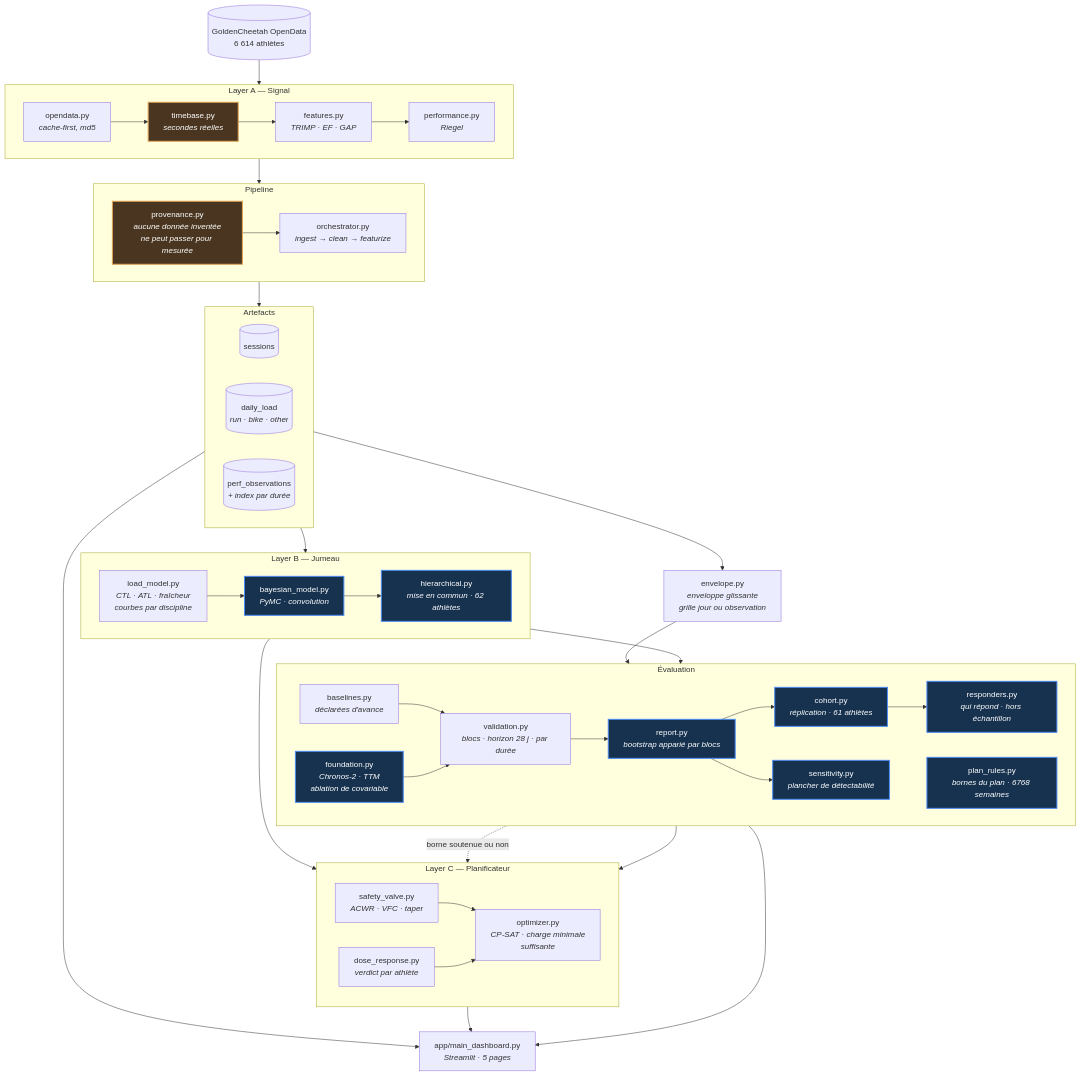
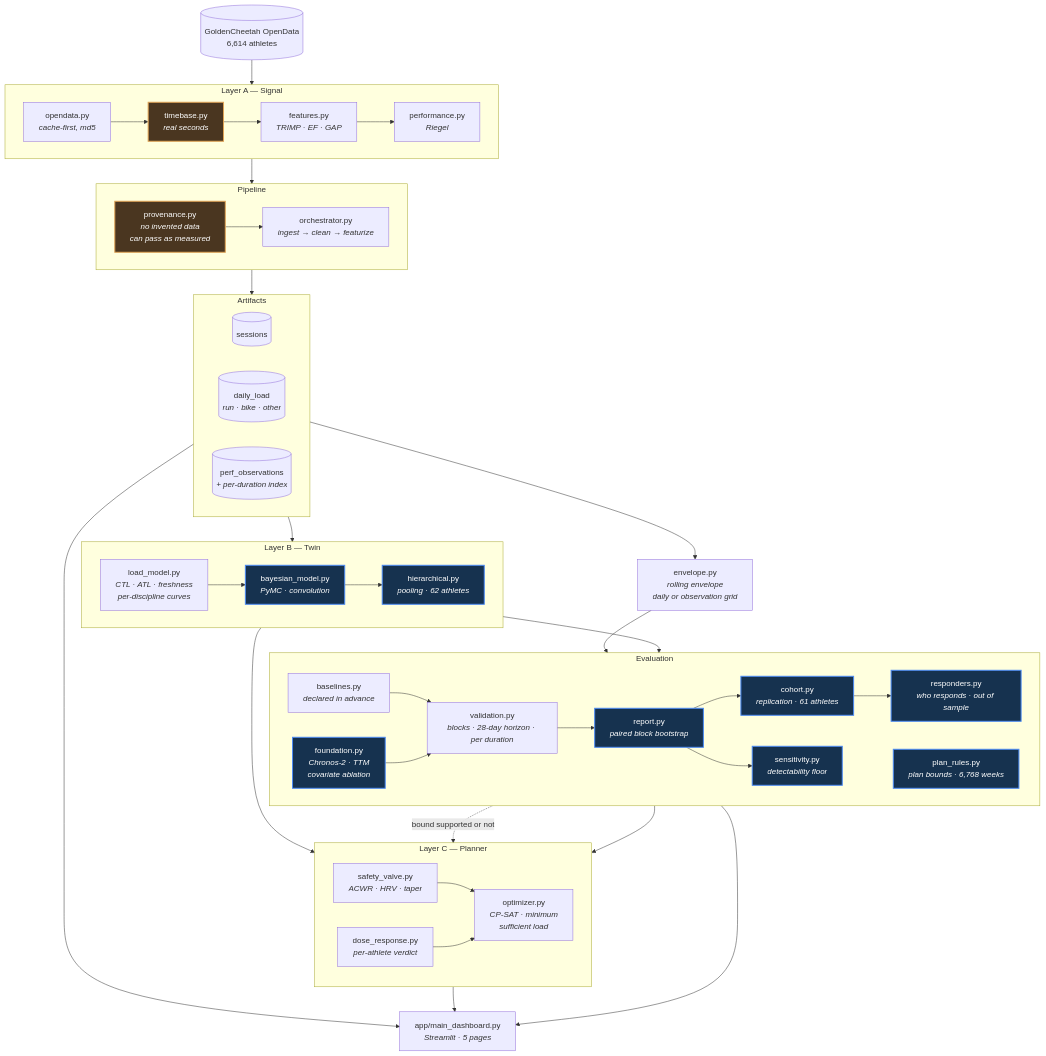
The diagram in docs/architecture.md (louisrodembourg/Adaptive-digital-twin-endurance), drawn with Mermaid before and after one commit. The commit also changed other lines of this file and 9 other files, not shown here.

````diff
--- a/docs/architecture.md
+++ b/docs/architecture.md
@@ -11,81 +11,81 @@
 ```mermaid
 flowchart TB
-    OSF[("GoldenCheetah OpenData<br/>6 614 athlètes")]
+    OSF[("GoldenCheetah OpenData<br/>6,614 athletes")]
 
     subgraph A["Layer A — Signal"]
         direction LR
         ING["opendata.py<br/><i>cache-first, md5</i>"]
-        TB["timebase.py<br/><i>secondes réelles</i>"]
+        TB["timebase.py<br/><i>real seconds</i>"]
         FEAT["features.py<br/><i>TRIMP · EF · GAP</i>"]
         PERF["performance.py<br/><i>Riegel</i>"]
         ING --> TB --> FEAT --> PERF
     end
 
     subgraph P["Pipeline"]
         direction LR
-        PROV["provenance.py<br/><i>aucune donnée inventée<br/>ne peut passer pour mesurée</i>"]
+        PROV["provenance.py<br/><i>no invented data<br/>can pass as measured</i>"]
         ORCH["orchestrator.py<br/><i>ingest → clean → featurize</i>"]
         PROV --> ORCH
     end
 
-    subgraph STORE["Artefacts"]
+    subgraph STORE["Artifacts"]
         direction LR
         S1[("sessions")]
         S2[("daily_load<br/><i>run · bike · other</i>")]
-        S3[("perf_observations<br/><i>+ index par durée</i>")]
+        S3[("perf_observations<br/><i>+ per-duration index</i>")]
     end
 
-    ENV["envelope.py<br/><i>enveloppe glissante<br/>grille jour ou observation</i>"]
+    ENV["envelope.py<br/><i>rolling envelope<br/>daily or observation grid</i>"]
 
-    subgraph B["Layer B — Jumeau"]
+    subgraph B["Layer B — Twin"]
         direction LR
-        LOAD["load_model.py<br/><i>CTL · ATL · fraîcheur<br/>courbes par discipline</i>"]
+        LOAD["load_model.py<br/><i>CTL · ATL · freshness<br/>per-discipline curves</i>"]
         BAYES["bayesian_model.py<br/><i>PyMC · convolution</i>"]
-        HIER["hierarchical.py<br/><i>mise en commun · 62 athlètes</i>"]
+        HIER["hierarchical.py<br/><i>pooling · 62 athletes</i>"]
         LOAD --> BAYES --> HIER
     end
 
-    subgraph E["Évaluation"]
+    subgraph E["Evaluation"]
         direction LR
-        BASE["baselines.py<br/><i>déclarées d'avance</i>"]
-        FND["foundation.py<br/><i>Chronos-2 · TTM<br/>ablation de covariable</i>"]
-        SENS["sensitivity.py<br/><i>plancher de détectabilité</i>"]
-        COH["cohort.py<br/><i>réplication · 61 athlètes</i>"]
-        VALID["validation.py<br/><i>blocs · horizon 28 j · par durée</i>"]
-        REPORT["report.py<br/><i>bootstrap apparié par blocs</i>"]
+        BASE["baselines.py<br/><i>declared in advance</i>"]
+        FND["foundation.py<br/><i>Chronos-2 · TTM<br/>covariate ablation</i>"]
+        SENS["sensitivity.py<br/><i>detectability floor</i>"]
+        COH["cohort.py<br/><i>replication · 61 athletes</i>"]
+        VALID["validation.py<br/><i>blocks · 28-day horizon · per duration</i>"]
+        REPORT["report.py<br/><i>paired block bootstrap</i>"]
         BASE --> VALID --> REPORT
         FND --> VALID
-        RULES["plan_rules.py<br/><i>bornes du plan · 6768 semaines</i>"]
-        RESP["responders.py<br/><i>qui répond · hors échantillon</i>"]
+        RULES["plan_rules.py<br/><i>plan bounds · 6,768 weeks</i>"]
+        RESP["responders.py<br/><i>who responds · out of sample</i>"]
         COH --> RESP
         REPORT --> SENS
         REPORT --> COH
     end
 
-    subgraph C["Layer C — Planificateur"]
+    subgraph C["Layer C — Planner"]
         direction LR
-        DOSE["dose_response.py<br/><i>verdict par athlète</i>"]
-        SAFE["safety_valve.py<br/><i>ACWR · VFC · taper</i>"]
-        OPT["optimizer.py<br/><i>CP-SAT · charge minimale<br/>suffisante</i>"]
+        DOSE["dose_response.py<br/><i>per-athlete verdict</i>"]
+        SAFE["safety_valve.py<br/><i>ACWR · HRV · taper</i>"]
+        OPT["optimizer.py<br/><i>CP-SAT · minimum<br/>sufficient load</i>"]
         SAFE --> OPT
         DOSE --> OPT
-        RULES -.->|"borne soutenue ou non"| SAFE
+        RULES -.->|"bound supported or not"| SAFE
     end
 
     UI["app/main_dashboard.py<br/><i>Streamlit · 5 pages</i>"]
 
     OSF --> A --> P --> STORE
     STORE --> ENV --> E
     STORE --> B
     B --> E
     B --> C
     E --> DOSE
     E --> UI
     C --> UI
     STORE --> UI
 
     classDef result fill:#16324f,stroke:#4c8bf5,stroke-width:2px,color:#fff
     classDef guard fill:#4a3620,stroke:#e0a355,stroke-width:2px,color:#fff
     class REPORT,BAYES,FND,SENS,COH,HIER,RULES,RESP result
     class PROV,TB guard
 ```
````
